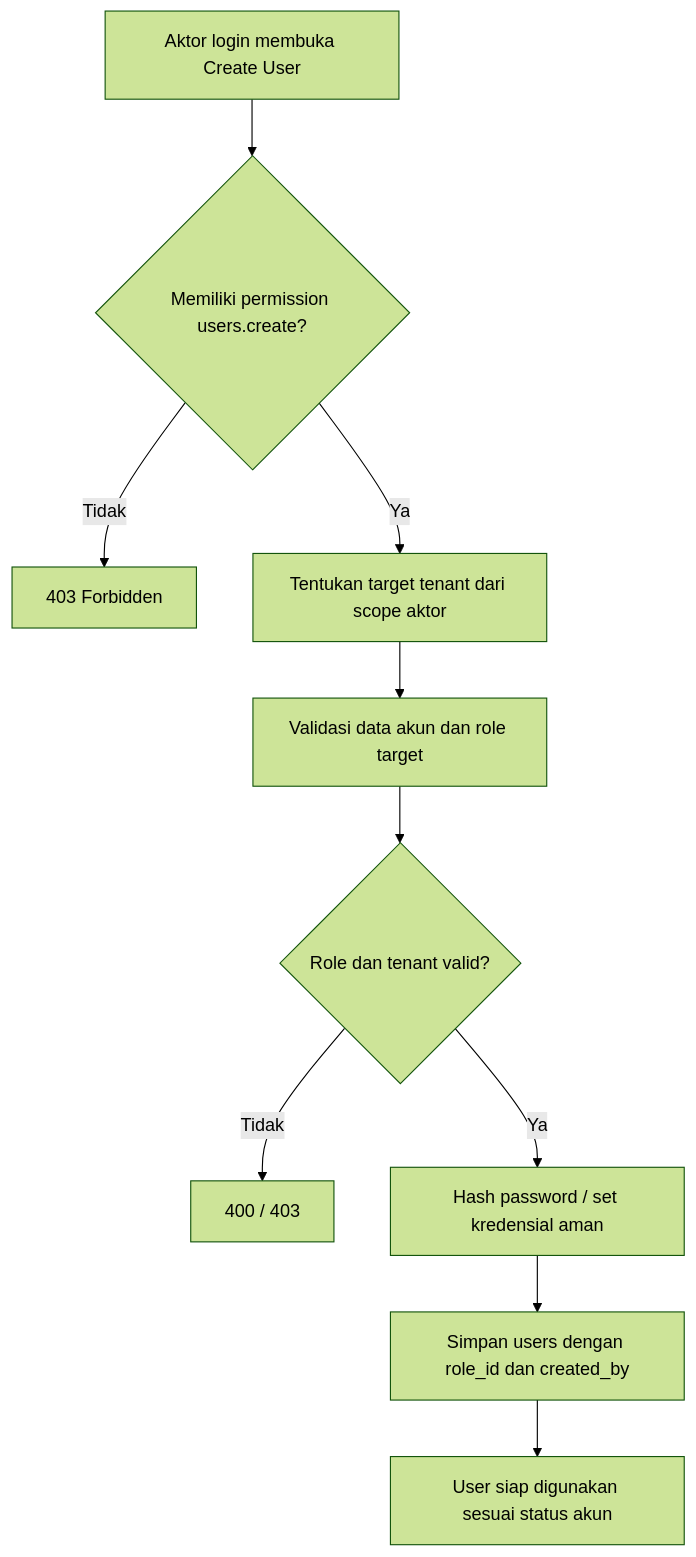
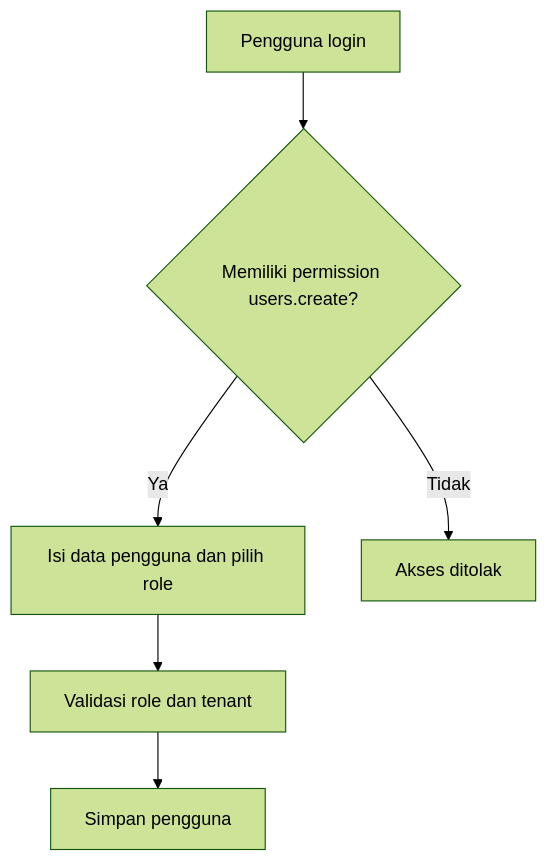
Before and after one commit to JonathanGea/dagantara: the second of 3 diagrams in docs/user-management.md, drawn with Mermaid (forest theme). The commit also changed other lines of this file, not shown here.

Commit message:
docs: apply agreed documentation standards to user-management.md

````diff
--- a/docs/user-management.md
+++ b/docs/user-management.md
@@ -219,12 +98,8 @@
 ```mermaid
 flowchart TD
-    A[Aktor login membuka Create User] --> B{Memiliki permission users.create?}
-    B -- Tidak --> X[403 Forbidden]
-    B -- Ya --> C[Tentukan target tenant dari scope aktor]
-    C --> D[Validasi data akun dan role target]
-    D --> E{Role dan tenant valid?}
-    E -- Tidak --> Y[400 / 403]
-    E -- Ya --> F[Hash password / set kredensial aman]
-    F --> G[Simpan users dengan role_id dan created_by]
-    G --> H[User siap digunakan sesuai status akun]
+    A[Pengguna login] --> B{Memiliki permission users.create?}
+    B -- Ya --> C[Isi data pengguna dan pilih role]
+    C --> D[Validasi role dan tenant]
+    D --> E[Simpan pengguna]
+    B -- Tidak --> F[Akses ditolak]
 ```
````
